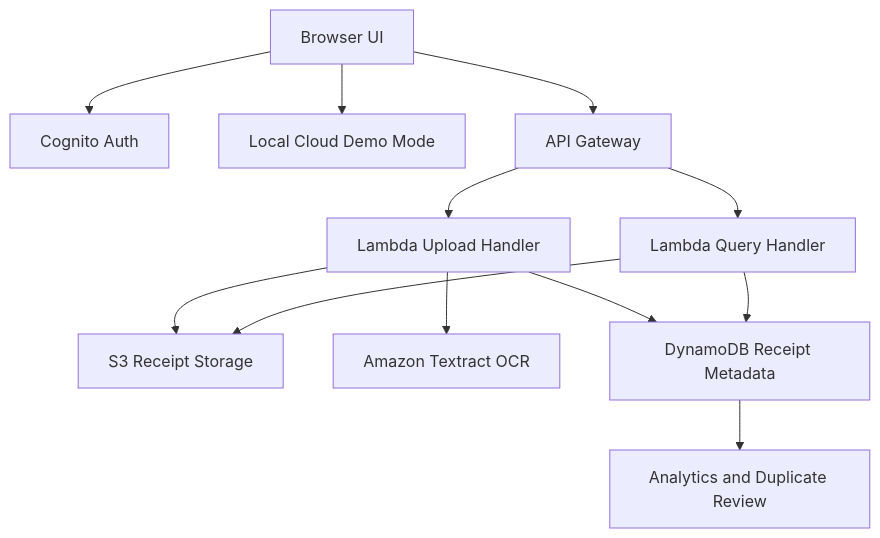
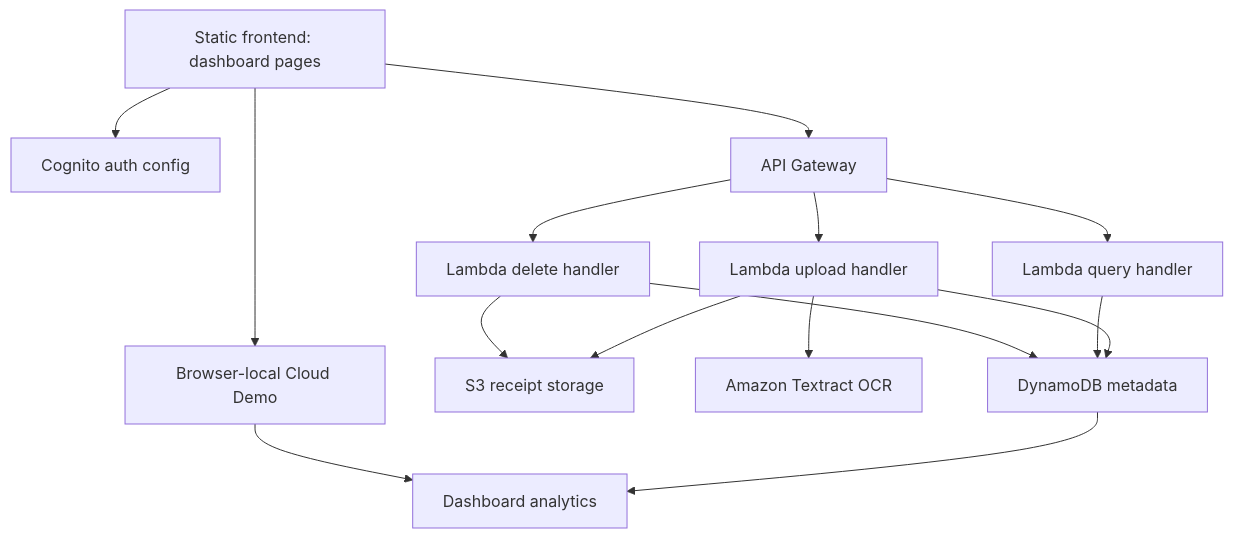
Before and after one commit to agarwalujala3-lang/ReceiptPulse: the second of 3 diagrams in README.md, drawn with Mermaid. The commit also changed other lines of this file and 4 other files, not shown here.

````diff
--- a/README.md
+++ b/README.md
@@ -61,14 +80,20 @@
 ```mermaid
 flowchart TB
-  User[Browser UI] --> Auth[Cognito Auth]
-  User --> Demo[Local Cloud Demo Mode]
-  User --> API[API Gateway]
-  API --> Upload[Lambda Upload Handler]
-  API --> Query[Lambda Query Handler]
-  Upload --> S3[S3 Receipt Storage]
+  UI[Static frontend: dashboard pages] --> Demo[Browser-local Cloud Demo]
+  UI --> Auth[Cognito auth config]
+  UI --> API[API Gateway]
+
+  API --> Upload[Lambda upload handler]
+  API --> Query[Lambda query handler]
+  API --> Delete[Lambda delete handler]
+
+  Upload --> S3[S3 receipt storage]
   Upload --> Textract[Amazon Textract OCR]
-  Upload --> DB[DynamoDB Receipt Metadata]
-  Query --> DB
-  Query --> S3
-  DB --> Dashboard[Analytics and Duplicate Review]
+  Upload --> Dynamo[DynamoDB metadata]
+  Query --> Dynamo
+  Delete --> Dynamo
+  Delete --> S3
+
+  Dynamo --> Analytics[Dashboard analytics]
+  Demo --> Analytics
 ```
````
